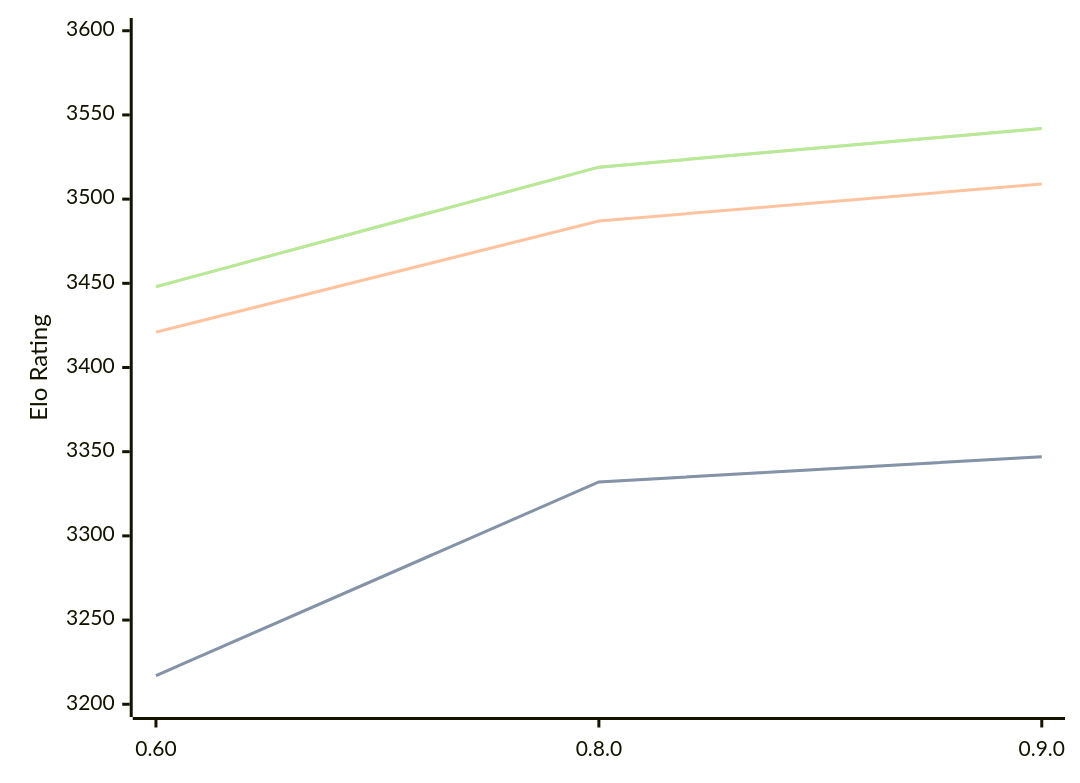
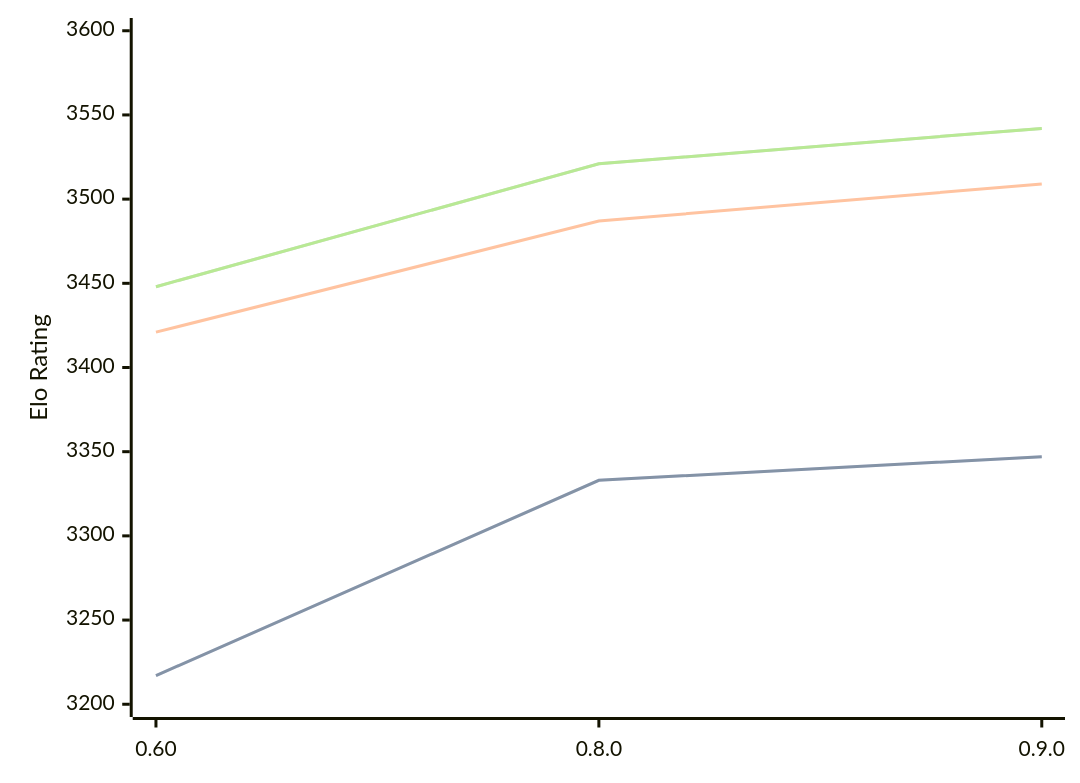
One commit to computer-chess-index/cci changed the diagram in engines/Motor.md. Above: the diagram before and after it, drawn with Mermaid. The commit also changed other lines of this file, not shown here.

Commit message:
Update CCI Ratings (ELO VLTC) - 2026-10-02

````diff
--- a/engines/Motor.md
+++ b/engines/Motor.md
@@ -33,11 +33,11 @@
 ```mermaid
 %%{init: {"theme":"base","themeVariables":{"seriesColors:['#a3a3a3','#222221','#faa371']}}}%%
 xychart-beta
   x-axis ["0.60", "0.8.0", "0.9.0"]
   y-axis "Elo Rating" 3200 --> 3600
-  line "" [3217, 3332, 3347]
-  line "STC (8.0+0.08s)" [3217, 3332, 3347]
+  line "" [3217, 3333, 3347]
+  line "STC (8.0+0.08s)" [3217, 3333, 3347]
   line "LTC (60.0+0.60s)" [3421, 3487, 3509]
-  line "" [3448, 3519, 3542]
-  line "VLTC (2m24s+1.12s)" [3448, 3519, 3542]
+  line "" [3448, 3521, 3542]
+  line "VLTC (2m24s+1.12s)" [3448, 3521, 3542]
 ```
````
